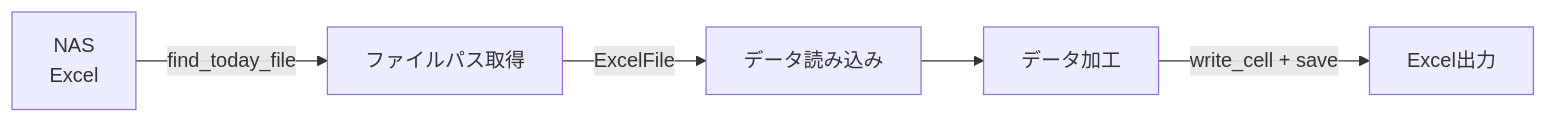
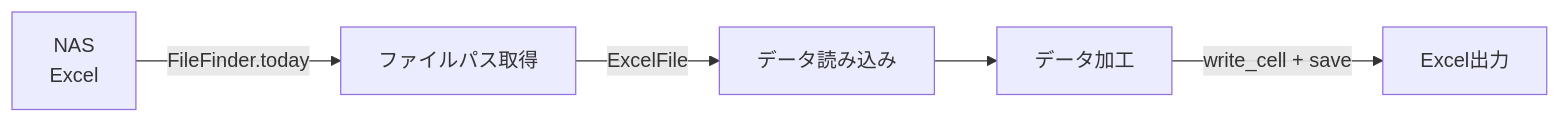
The second of 5 diagrams in README.md (tenniscorecom/original_libs), drawn with Mermaid before and after one commit. The commit also changed other lines of this file and 4 other files, not shown here.

````diff
--- a/README.md
+++ b/README.md
@@ -646,7 +647,7 @@
 ```mermaid
 flowchart LR
-    A["NAS\nExcel"] -->|find_today_file| B["ファイルパス取得"]
+    A["NAS\nExcel"] -->|FileFinder.today| B["ファイルパス取得"]
     B -->|ExcelFile| C["データ読み込み"]
     C --> D["データ加工"]
     D -->|write_cell + save| E["Excel出力"]
 ```
````
